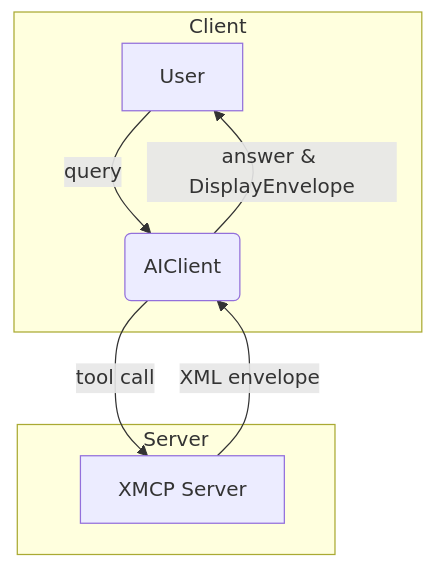
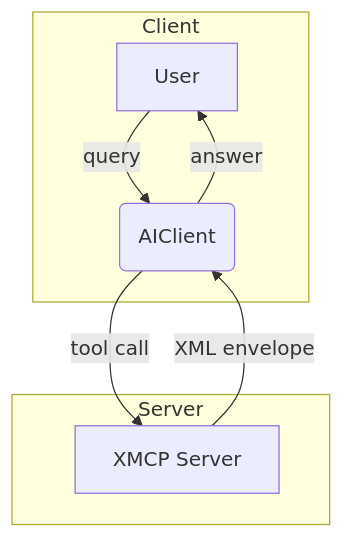
Before and after one commit to DeanDiasti/seqoria_agent: the diagram in docs/guides/overview.md, drawn with Mermaid. The commit also changed other lines of this file and 104 other files, not shown here.

````diff
--- a/docs/guides/overview.md
+++ b/docs/guides/overview.md
@@ -5,11 +5,11 @@
 ```mermaid
 flowchart TD
   subgraph Client
     A[User] -->|query| B(AIClient)
   end
   subgraph Server
     B -->|tool call| C[XMCP Server]
     C -->|XML envelope| B
   end
-  B -->|answer & DisplayEnvelope| A
+  B -->|answer| A
 ```
````
